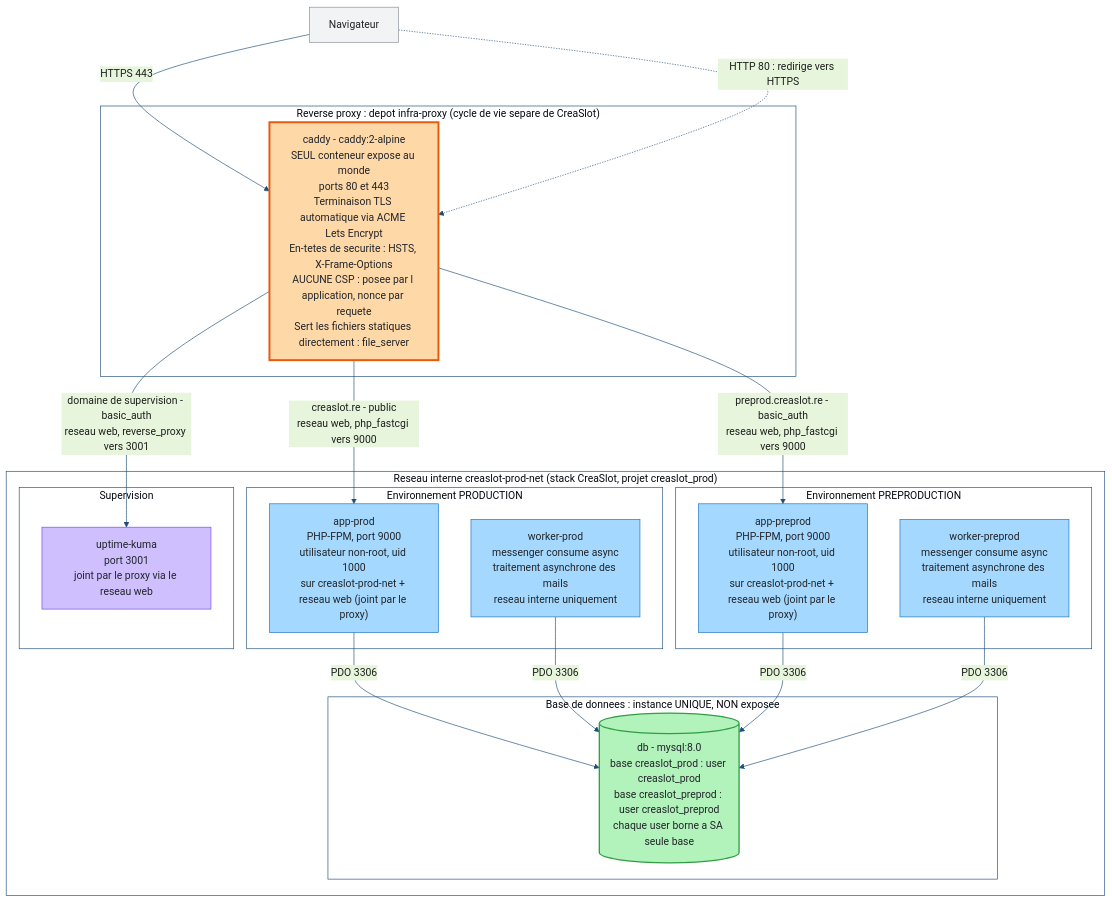
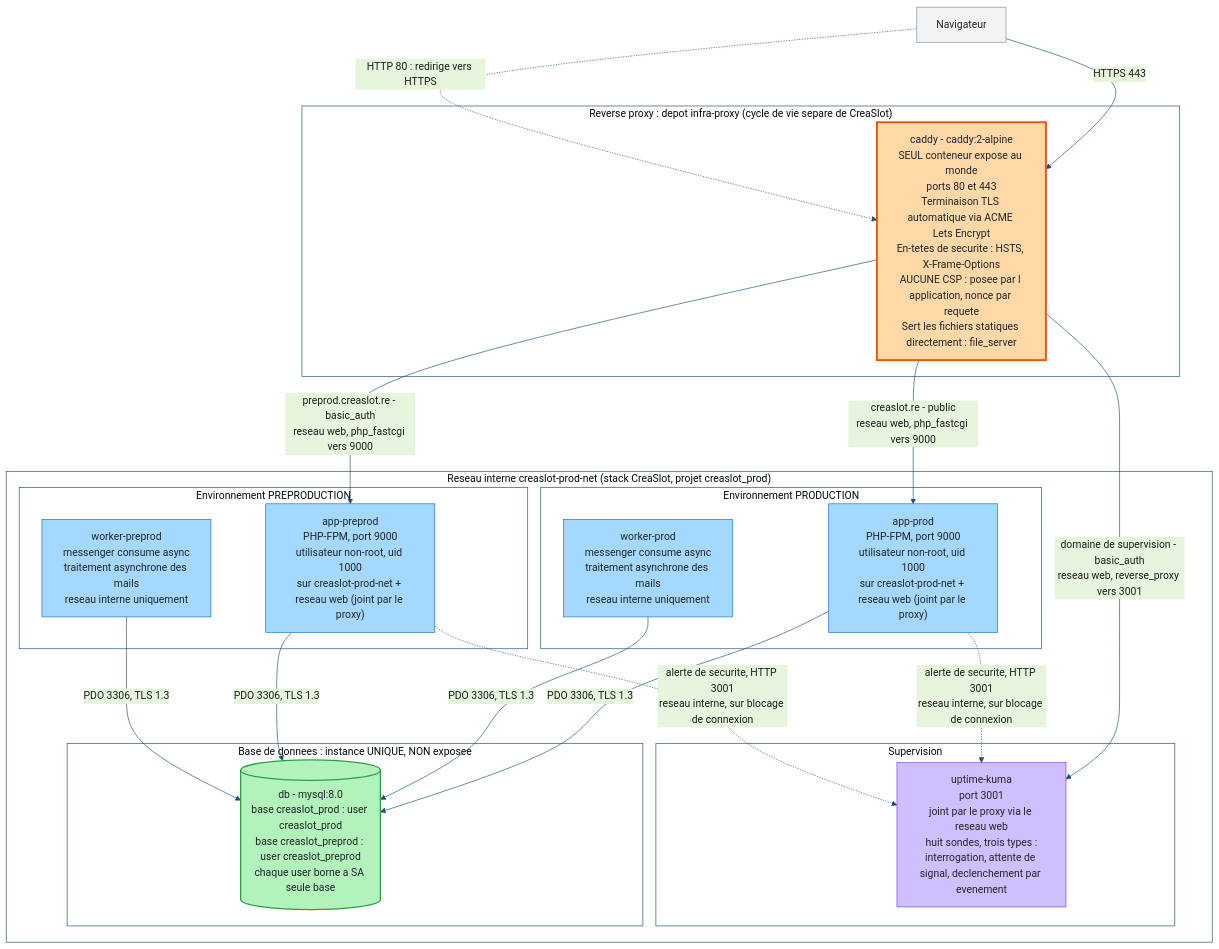
Before and after one commit to sgahovey/creaslot: the diagram in docs/architecture-deploiement.mermaid, drawn with Mermaid. The commit also changed 4 other files, not shown here.

```diff
--- a/docs/architecture-deploiement.mermaid
+++ b/docs/architecture-deploiement.mermaid
@@ -1,64 +1,67 @@
 ---
 config:
   theme: base
   themeVariables:
     primaryColor: '#DCE7F5'
     primaryBorderColor: '#1F4E79'
     primaryTextColor: '#1E1E1E'
     lineColor: '#1F4E79'
     clusterBkg: '#FFFFFF'
     clusterBorder: '#1F4E79'
 ---
 flowchart TB
 
     NAV["Navigateur"]
 
     NAV -->|"HTTPS 443"| CADDY
     NAV -.->|"HTTP 80 : redirige vers HTTPS"| CADDY
 
     subgraph PROXY["Reverse proxy : depot infra-proxy (cycle de vie separe de CreaSlot)"]
         CADDY["caddy - caddy:2-alpine<br/>SEUL conteneur expose au monde<br/>ports 80 et 443<br/>Terminaison TLS automatique via ACME Lets Encrypt<br/>En-tetes de securite : HSTS, X-Frame-Options<br/>AUCUNE CSP : posee par l application, nonce par requete<br/>Sert les fichiers statiques directement : file_server"]
     end
 
     subgraph RESEAU["Reseau interne creaslot-prod-net (stack CreaSlot, projet creaslot_prod)"]
 
         subgraph PROD["Environnement PRODUCTION"]
             APPPROD["app-prod<br/>PHP-FPM, port 9000<br/>utilisateur non-root, uid 1000<br/>sur creaslot-prod-net + reseau web (joint par le proxy)"]
             WPROD["worker-prod<br/>messenger consume async<br/>traitement asynchrone des mails<br/>reseau interne uniquement"]
         end
 
         subgraph PREPROD["Environnement PREPRODUCTION"]
             APPPRE["app-preprod<br/>PHP-FPM, port 9000<br/>utilisateur non-root, uid 1000<br/>sur creaslot-prod-net + reseau web (joint par le proxy)"]
             WPRE["worker-preprod<br/>messenger consume async<br/>traitement asynchrone des mails<br/>reseau interne uniquement"]
         end
 
         subgraph SUP["Supervision"]
-            KUMA["uptime-kuma<br/>port 3001<br/>joint par le proxy via le reseau web"]
+            KUMA["uptime-kuma<br/>port 3001<br/>joint par le proxy via le reseau web<br/>huit sondes, trois types :<br/>interrogation, attente de signal, declenchement par evenement"]
         end
 
         subgraph BDD["Base de donnees : instance UNIQUE, NON exposee"]
             DB[("db - mysql:8.0<br/>base creaslot_prod : user creaslot_prod<br/>base creaslot_preprod : user creaslot_preprod<br/>chaque user borne a SA seule base")]
         end
 
     end
 
     CADDY -->|"creaslot.re - public<br/>reseau web, php_fastcgi vers 9000"| APPPROD
     CADDY -->|"preprod.creaslot.re - basic_auth<br/>reseau web, php_fastcgi vers 9000"| APPPRE
     CADDY -->|"domaine de supervision - basic_auth<br/>reseau web, reverse_proxy vers 3001"| KUMA
 
-    APPPROD -->|"PDO 3306"| DB
-    WPROD -->|"PDO 3306"| DB
-    APPPRE -->|"PDO 3306"| DB
-    WPRE -->|"PDO 3306"| DB
+    APPPROD -->|"PDO 3306, TLS 1.3"| DB
+    WPROD -->|"PDO 3306, TLS 1.3"| DB
+    APPPRE -->|"PDO 3306, TLS 1.3"| DB
+    WPRE -->|"PDO 3306, TLS 1.3"| DB
+
+    APPPROD -.->|"alerte de securite, HTTP 3001<br/>reseau interne, sur blocage de connexion"| KUMA
+    APPPRE -.->|"alerte de securite, HTTP 3001<br/>reseau interne, sur blocage de connexion"| KUMA
 
     classDef navigateur fill:#f1f3f5,stroke:#868e96,stroke-width:1px,color:#212529
     classDef expose fill:#ffd8a8,stroke:#e8590c,stroke-width:3px,color:#212529
     classDef interne fill:#a5d8ff,stroke:#1971c2,stroke-width:1px,color:#212529
     classDef supervision fill:#d0bfff,stroke:#7048e8,stroke-width:1px,color:#212529
     classDef base fill:#b2f2bb,stroke:#2f9e44,stroke-width:2px,color:#212529
 
     class NAV navigateur
     class CADDY expose
     class APPPROD,WPROD,APPPRE,WPRE interne
     class KUMA supervision
     class DB base
```
